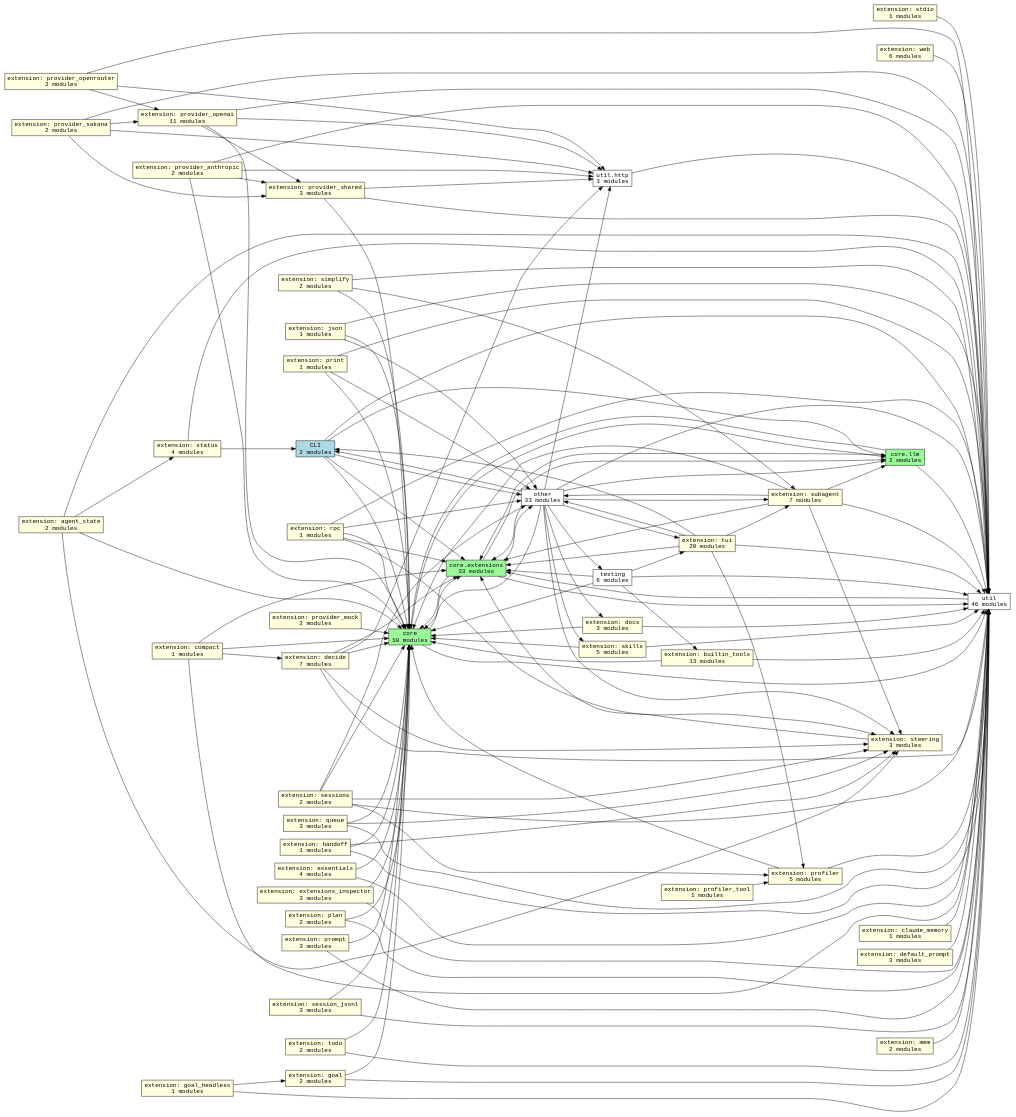
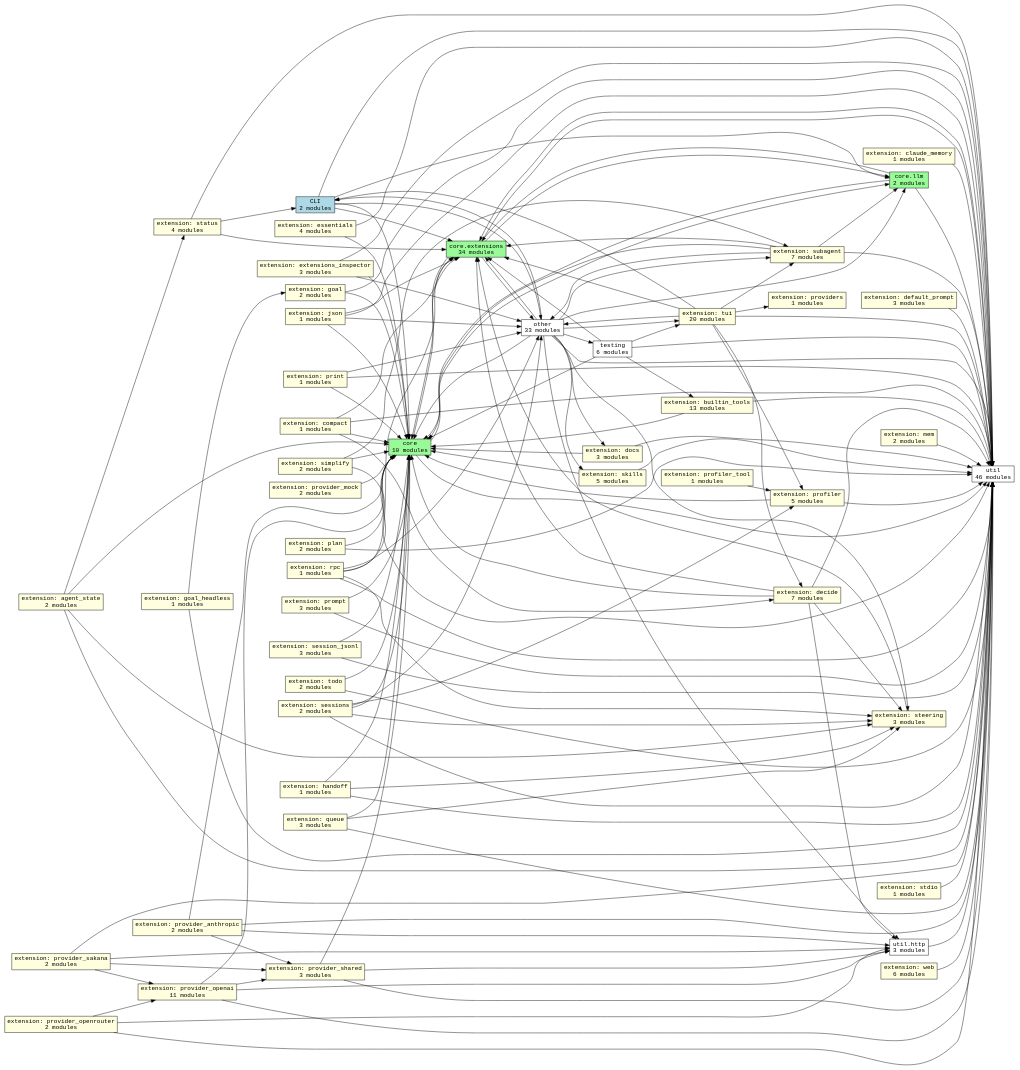
The diagram in docs/graphs/subsystems.dot (acmiyaguchi/fen), drawn with Graphviz before and after one commit. The commit also changed 27 other files, not shown here.

Commit message:
chore: format Fennel sources and update dependency graphs

```diff
--- a/docs/graphs/subsystems.dot
+++ b/docs/graphs/subsystems.dot
@@ -1,187 +1,192 @@
 digraph fen_subsystems {
   graph [rankdir=LR];
   node [shape=box, fontname="monospace"];
   edge [fontname="monospace"];
   "cli" [fillcolor="lightblue", label="CLI\n2 modules", style="filled"];
   "core" [fillcolor="palegreen", label="core\n10 modules", style="filled"];
-  "core.extensions" [fillcolor="palegreen", label="core.extensions\n33 modules", style="filled"];
+  "core.extensions" [fillcolor="palegreen", label="core.extensions\n34 modules", style="filled"];
   "core.llm" [fillcolor="palegreen", label="core.llm\n2 modules", style="filled"];
   "extension.agent_state" [fillcolor="lightyellow", label="extension: agent_state\n2 modules", style="filled"];
   "extension.builtin_tools" [fillcolor="lightyellow", label="extension: builtin_tools\n13 modules", style="filled"];
   "extension.claude_memory" [fillcolor="lightyellow", label="extension: claude_memory\n1 modules", style="filled"];
   "extension.compact" [fillcolor="lightyellow", label="extension: compact\n1 modules", style="filled"];
   "extension.decide" [fillcolor="lightyellow", label="extension: decide\n7 modules", style="filled"];
   "extension.default_prompt" [fillcolor="lightyellow", label="extension: default_prompt\n3 modules", style="filled"];
   "extension.docs" [fillcolor="lightyellow", label="extension: docs\n3 modules", style="filled"];
   "extension.essentials" [fillcolor="lightyellow", label="extension: essentials\n4 modules", style="filled"];
   "extension.extensions_inspector" [fillcolor="lightyellow", label="extension: extensions_inspector\n3 modules", style="filled"];
   "extension.goal" [fillcolor="lightyellow", label="extension: goal\n2 modules", style="filled"];
   "extension.goal_headless" [fillcolor="lightyellow", label="extension: goal_headless\n1 modules", style="filled"];
   "extension.handoff" [fillcolor="lightyellow", label="extension: handoff\n1 modules", style="filled"];
   "extension.json" [fillcolor="lightyellow", label="extension: json\n1 modules", style="filled"];
   "extension.mem" [fillcolor="lightyellow", label="extension: mem\n2 modules", style="filled"];
   "extension.plan" [fillcolor="lightyellow", label="extension: plan\n2 modules", style="filled"];
   "extension.print" [fillcolor="lightyellow", label="extension: print\n1 modules", style="filled"];
   "extension.profiler" [fillcolor="lightyellow", label="extension: profiler\n5 modules", style="filled"];
   "extension.profiler_tool" [fillcolor="lightyellow", label="extension: profiler_tool\n1 modules", style="filled"];
   "extension.prompt" [fillcolor="lightyellow", label="extension: prompt\n3 modules", style="filled"];
   "extension.provider_anthropic" [fillcolor="lightyellow", label="extension: provider_anthropic\n2 modules", style="filled"];
   "extension.provider_mock" [fillcolor="lightyellow", label="extension: provider_mock\n2 modules", style="filled"];
   "extension.provider_openai" [fillcolor="lightyellow", label="extension: provider_openai\n11 modules", style="filled"];
   "extension.provider_openrouter" [fillcolor="lightyellow", label="extension: provider_openrouter\n2 modules", style="filled"];
   "extension.provider_sakana" [fillcolor="lightyellow", label="extension: provider_sakana\n2 modules", style="filled"];
   "extension.provider_shared" [fillcolor="lightyellow", label="extension: provider_shared\n3 modules", style="filled"];
+  "extension.providers" [fillcolor="lightyellow", label="extension: providers\n1 modules", style="filled"];
   "extension.queue" [fillcolor="lightyellow", label="extension: queue\n3 modules", style="filled"];
   "extension.rpc" [fillcolor="lightyellow", label="extension: rpc\n1 modules", style="filled"];
   "extension.session_jsonl" [fillcolor="lightyellow", label="extension: session_jsonl\n3 modules", style="filled"];
   "extension.sessions" [fillcolor="lightyellow", label="extension: sessions\n2 modules", style="filled"];
   "extension.simplify" [fillcolor="lightyellow", label="extension: simplify\n2 modules", style="filled"];
   "extension.skills" [fillcolor="lightyellow", label="extension: skills\n5 modules", style="filled"];
   "extension.status" [fillcolor="lightyellow", label="extension: status\n4 modules", style="filled"];
   "extension.stdio" [fillcolor="lightyellow", label="extension: stdio\n1 modules", style="filled"];
   "extension.steering" [fillcolor="lightyellow", label="extension: steering\n3 modules", style="filled"];
   "extension.subagent" [fillcolor="lightyellow", label="extension: subagent\n7 modules", style="filled"];
   "extension.todo" [fillcolor="lightyellow", label="extension: todo\n2 modules", style="filled"];
   "extension.tui" [fillcolor="lightyellow", label="extension: tui\n20 modules", style="filled"];
   "extension.web" [fillcolor="lightyellow", label="extension: web\n6 modules", style="filled"];
   "other" [fillcolor="white", label="other\n33 modules", style="filled"];
   "testing" [fillcolor="white", label="testing\n6 modules", style="filled"];
   "util" [fillcolor="white", label="util\n46 modules", style="filled"];
   "util.http" [fillcolor="white", label="util.http\n3 modules", style="filled"];
   "cli" -> "core";
   "cli" -> "core.extensions";
   "cli" -> "core.llm";
   "cli" -> "other";
   "cli" -> "util";
   "core" -> "core.extensions";
   "core" -> "core.llm";
   "core" -> "util";
   "core.extensions" -> "core";
   "core.extensions" -> "core.llm";
   "core.extensions" -> "other";
   "core.extensions" -> "util";
   "core.llm" -> "core";
   "core.llm" -> "core.extensions";
   "core.llm" -> "util";
   "extension.agent_state" -> "core";
   "extension.agent_state" -> "extension.status";
   "extension.agent_state" -> "extension.steering";
   "extension.agent_state" -> "util";
   "extension.builtin_tools" -> "core";
   "extension.builtin_tools" -> "util";
   "extension.claude_memory" -> "util";
   "extension.compact" -> "core";
   "extension.compact" -> "core.extensions";
   "extension.compact" -> "extension.decide";
   "extension.compact" -> "util";
   "extension.decide" -> "core";
   "extension.decide" -> "core.extensions";
   "extension.decide" -> "extension.steering";
   "extension.decide" -> "util";
   "extension.decide" -> "util.http";
   "extension.default_prompt" -> "util";
   "extension.docs" -> "core";
   "extension.docs" -> "util";
   "extension.essentials" -> "core";
   "extension.essentials" -> "util";
   "extension.extensions_inspector" -> "core";
+  "extension.extensions_inspector" -> "other";
   "extension.extensions_inspector" -> "util";
   "extension.goal" -> "core";
   "extension.goal" -> "util";
   "extension.goal_headless" -> "extension.goal";
   "extension.goal_headless" -> "util";
   "extension.handoff" -> "core";
   "extension.handoff" -> "extension.steering";
   "extension.handoff" -> "util";
   "extension.json" -> "core";
+  "extension.json" -> "core.extensions";
   "extension.json" -> "other";
   "extension.json" -> "util";
   "extension.mem" -> "util";
   "extension.plan" -> "core";
   "extension.plan" -> "util";
   "extension.print" -> "core";
   "extension.print" -> "other";
   "extension.print" -> "util";
   "extension.profiler" -> "core";
   "extension.profiler" -> "util";
   "extension.profiler_tool" -> "extension.profiler";
   "extension.prompt" -> "core";
   "extension.prompt" -> "util";
   "extension.provider_anthropic" -> "core";
   "extension.provider_anthropic" -> "extension.provider_shared";
   "extension.provider_anthropic" -> "util";
   "extension.provider_anthropic" -> "util.http";
   "extension.provider_mock" -> "core";
   "extension.provider_openai" -> "core";
   "extension.provider_openai" -> "extension.provider_shared";
   "extension.provider_openai" -> "util";
   "extension.provider_openai" -> "util.http";
   "extension.provider_openrouter" -> "extension.provider_openai";
   "extension.provider_openrouter" -> "util";
   "extension.provider_openrouter" -> "util.http";
   "extension.provider_sakana" -> "extension.provider_openai";
   "extension.provider_sakana" -> "extension.provider_shared";
   "extension.provider_sakana" -> "util";
   "extension.provider_sakana" -> "util.http";
   "extension.provider_shared" -> "core";
   "extension.provider_shared" -> "util";
   "extension.provider_shared" -> "util.http";
   "extension.queue" -> "core";
   "extension.queue" -> "extension.steering";
   "extension.queue" -> "util";
   "extension.rpc" -> "core";
   "extension.rpc" -> "core.extensions";
   "extension.rpc" -> "extension.steering";
   "extension.rpc" -> "other";
   "extension.rpc" -> "util";
   "extension.session_jsonl" -> "core";
   "extension.session_jsonl" -> "util";
   "extension.sessions" -> "core";
   "extension.sessions" -> "extension.profiler";
   "extension.sessions" -> "extension.steering";
   "extension.sessions" -> "other";
   "extension.sessions" -> "util";
   "extension.simplify" -> "core";
   "extension.simplify" -> "extension.subagent";
   "extension.simplify" -> "util";
   "extension.skills" -> "core";
   "extension.skills" -> "util";
   "extension.status" -> "cli";
+  "extension.status" -> "core.extensions";
   "extension.status" -> "util";
   "extension.stdio" -> "util";
   "extension.steering" -> "core.extensions";
   "extension.subagent" -> "core";
   "extension.subagent" -> "core.extensions";
   "extension.subagent" -> "core.llm";
-  "extension.subagent" -> "extension.steering";
   "extension.subagent" -> "other";
   "extension.subagent" -> "util";
   "extension.todo" -> "core";
   "extension.todo" -> "util";
   "extension.tui" -> "cli";
   "extension.tui" -> "core.extensions";
+  "extension.tui" -> "extension.decide";
   "extension.tui" -> "extension.profiler";
+  "extension.tui" -> "extension.providers";
   "extension.tui" -> "extension.subagent";
   "extension.tui" -> "other";
   "extension.tui" -> "util";
   "extension.web" -> "util";
   "other" -> "cli";
   "other" -> "core";
   "other" -> "core.extensions";
   "other" -> "core.llm";
   "other" -> "extension.docs";
   "other" -> "extension.skills";
   "other" -> "extension.steering";
   "other" -> "extension.subagent";
   "other" -> "extension.tui";
   "other" -> "testing";
   "other" -> "util";
   "other" -> "util.http";
   "testing" -> "core";
   "testing" -> "core.extensions";
   "testing" -> "extension.builtin_tools";
   "testing" -> "extension.tui";
   "testing" -> "util";
   "util" -> "core.extensions";
   "util.http" -> "util";
 }
```
